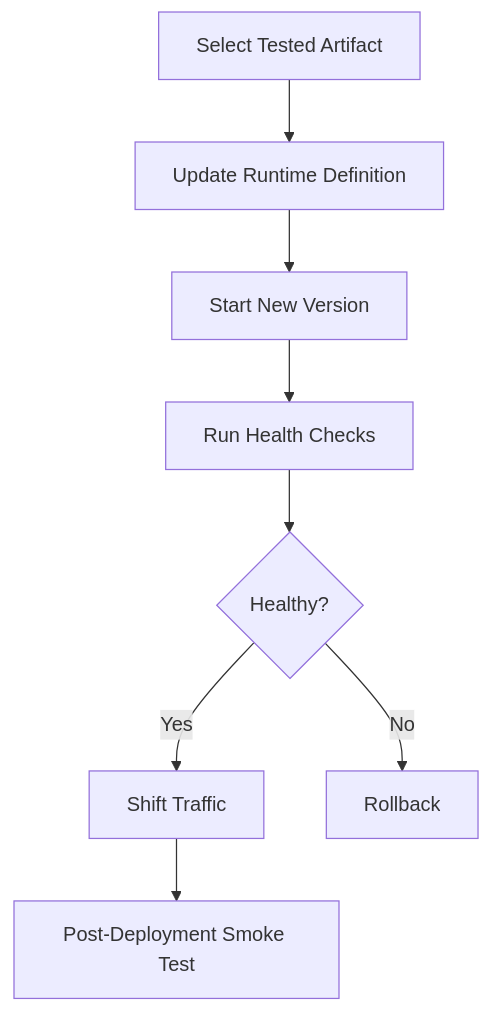
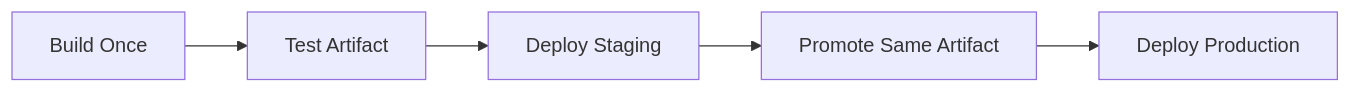
One commit to AvadhBhalodiya/Interview-Preparation changed the fifth of 10 diagrams in src/content/devops/cicd-pipelines.md. Above: the diagram before and after it, drawn with Mermaid. The commit also changed other lines of this file and 54 other files, not shown here.

````diff
--- a/src/content/devops/cicd-pipelines.md
+++ b/src/content/devops/cicd-pipelines.md
@@ -376,10 +365,7 @@
 ```mermaid
-flowchart TD
-    A[Select Tested Artifact] --> B[Update Runtime Definition]
-    B --> C[Start New Version]
-    C --> D[Run Health Checks]
-    D --> E{Healthy?}
-    E -- Yes --> F[Shift Traffic]
-    E -- No --> G[Rollback]
-    F --> H[Post-Deployment Smoke Test]
+flowchart LR
+    A[Build Once] --> B[Test Artifact]
+    B --> C[Deploy Staging]
+    C --> D[Promote Same Artifact]
+    D --> E[Deploy Production]
 ```
````
